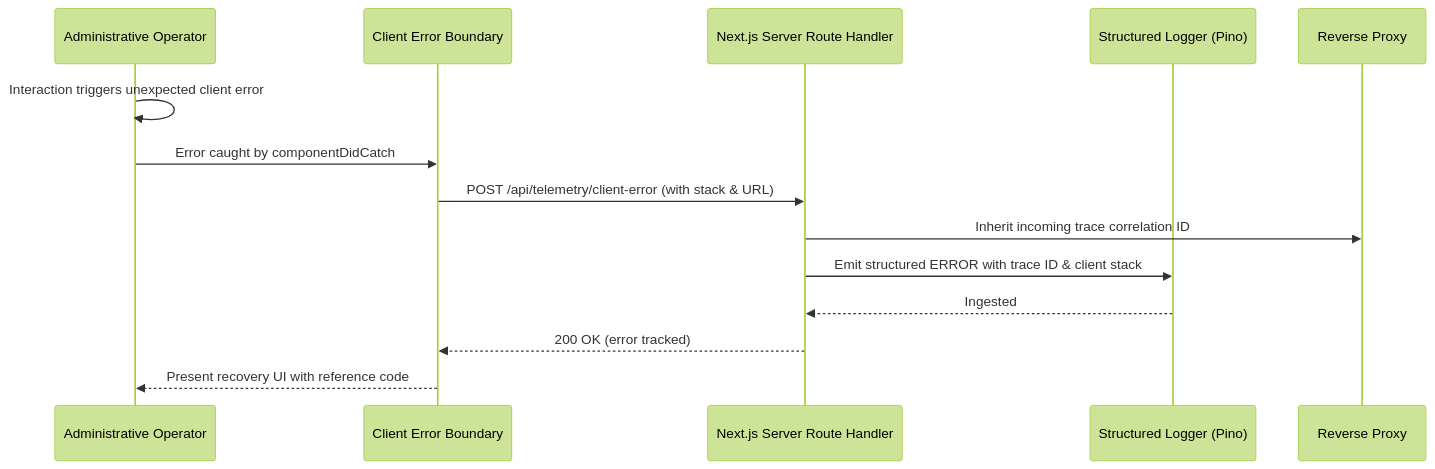
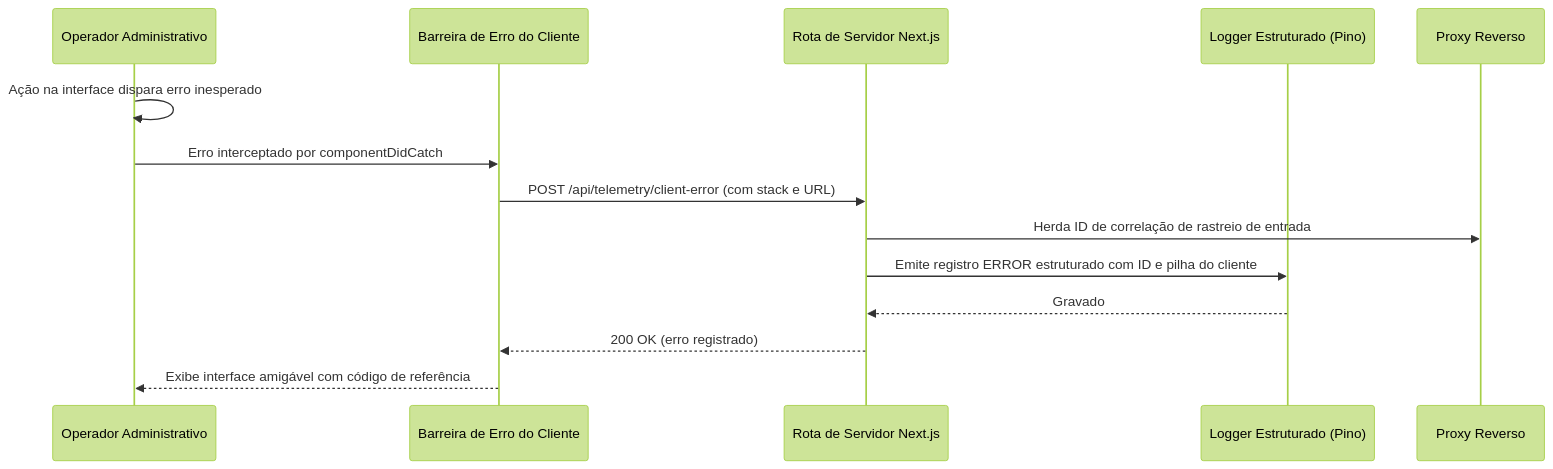
Before and after one commit to Fcsscoder/case-studies: the second of 2 diagrams in frontend-and-web-apps/enterprise-operations-admin-portal/README.md, drawn with Mermaid (forest theme). The commit also changed other lines of this file and 21 other files, not shown here.

````diff
--- a/frontend-and-web-apps/enterprise-operations-admin-portal/README.md
+++ b/frontend-and-web-apps/enterprise-operations-admin-portal/README.md
@@ -37,17 +37,17 @@
 ```mermaid
 sequenceDiagram
-    participant User as Administrative Operator
-    participant Boundary as Client Error Boundary
-    participant NextAPI as Next.js Server Route Handler
-    participant Logger as Structured Logger (Pino)
-    participant Gateway as Reverse Proxy
+    participant User as Operador Administrativo
+    participant Boundary as Barreira de Erro do Cliente
+    participant NextAPI as Rota de Servidor Next.js
+    participant Logger as Logger Estruturado (Pino)
+    participant Gateway as Proxy Reverso
 
-    User->>User: Interaction triggers unexpected client error
-    User->>Boundary: Error caught by componentDidCatch
-    Boundary->>NextAPI: POST /api/telemetry/client-error (with stack & URL)
-    NextAPI->>Gateway: Inherit incoming trace correlation ID
-    NextAPI->>Logger: Emit structured ERROR with trace ID & client stack
-    Logger-->>NextAPI: Ingested
-    NextAPI-->>Boundary: 200 OK (error tracked)
-    Boundary-->>User: Present recovery UI with reference code
+    User->>User: Ação na interface dispara erro inesperado
+    User->>Boundary: Erro interceptado por componentDidCatch
+    Boundary->>NextAPI: POST /api/telemetry/client-error (com stack e URL)
+    NextAPI->>Gateway: Herda ID de correlação de rastreio de entrada
+    NextAPI->>Logger: Emite registro ERROR estruturado com ID e pilha do cliente
+    Logger-->>NextAPI: Gravado
+    NextAPI-->>Boundary: 200 OK (erro registrado)
+    Boundary-->>User: Exibe interface amigável com código de referência
 ```
````
